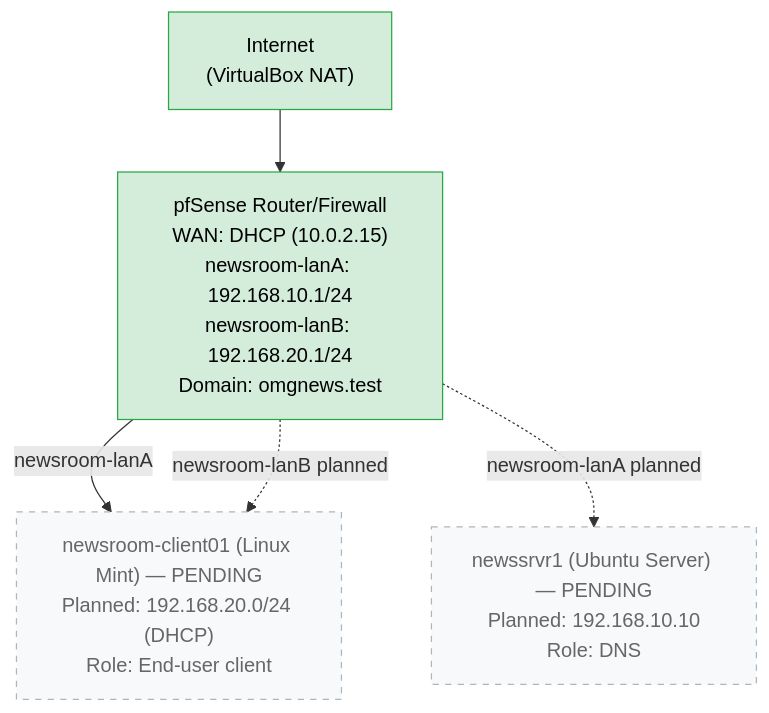
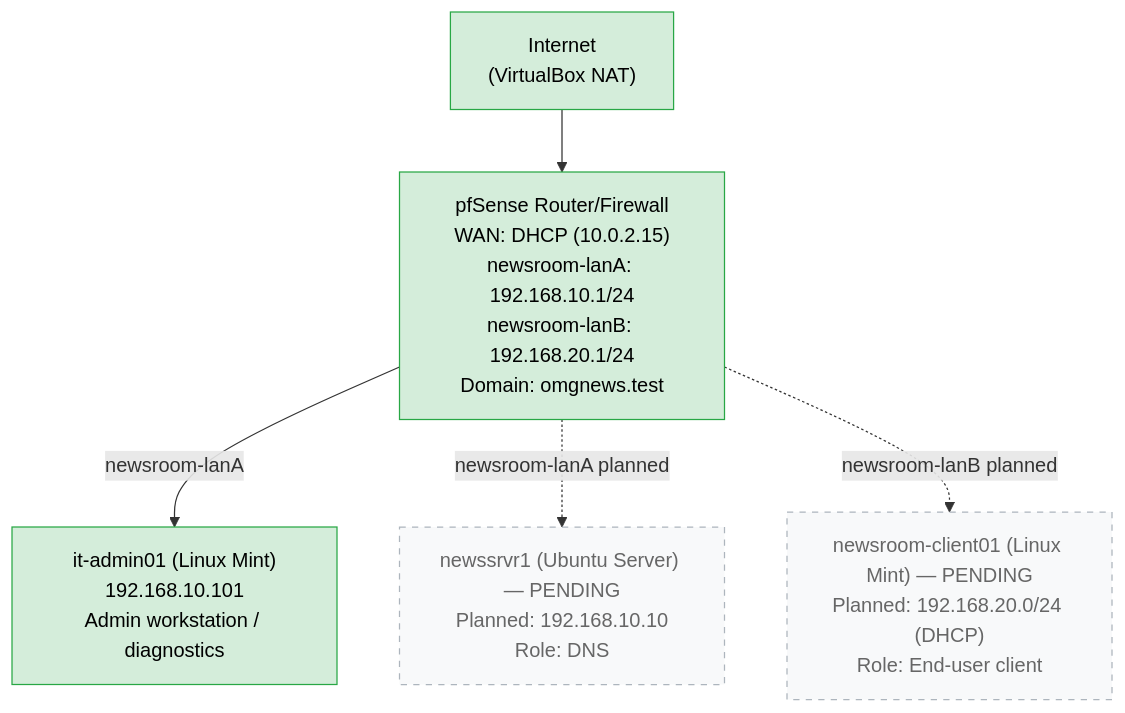
One commit to robbaileyhome-dev/homelab-portfolio changed the diagram in Labs/Lab02: Network restructure.md. Above: the diagram before and after it, drawn with Mermaid.

Commit message:
Refactor network diagram for clarity and accuracy

````diff
--- a/Labs/Lab02: Network restructure.md
+++ b/Labs/Lab02: Network restructure.md
@@ -7,18 +7,18 @@
 ```mermaid
 graph TB
     NAT["Internet<br/>(VirtualBox NAT)"]
     pfSense["pfSense Router/Firewall<br/>WAN: DHCP (10.0.2.15)<br/>newsroom-lanA: 192.168.10.1/24<br/>newsroom-lanB: 192.168.20.1/24<br/>Domain: omgnews.test"]
-    Mint["it-admin01 (Linux Mint)<br/>192.168.10.101<br/>Admin workstation / diagnostics"]
+    Mint1["it-admin01 (Linux Mint)<br/>192.168.10.101<br/>Admin workstation / diagnostics"]
     Ubuntu["newssrvr1 (Ubuntu Server) — PENDING<br/>Planned: 192.168.10.10<br/>Role: DNS"]
-    Mint["newsroom-client01 (Linux Mint) — PENDING<br/>Planned: 192.168.20.0/24 (DHCP)<br/>Role: End-user client"]
+    Mint2["newsroom-client01 (Linux Mint) — PENDING<br/>Planned: 192.168.20.0/24 (DHCP)<br/>Role: End-user client"]
 
     NAT --> pfSense
-    pfSense -->|newsroom-lanA| Mint
+    pfSense -->|newsroom-lanA| Mint1
     pfSense -.->|newsroom-lanA planned| Ubuntu
-    pfSense -.->|newsroom-lanB planned| Mint
+    pfSense -.->|newsroom-lanB planned| Mint2
 
     classDef live fill:#d4edda,stroke:#28a745,color:#000;
     classDef pending fill:#f8f9fa,stroke:#adb5bd,stroke-dasharray: 5 5,color:#666;
-    class NAT,pfSense,Mint live;
-    class Ubuntu,Mint pending;
+    class NAT,pfSense,Mint1 live;
+    class Ubuntu,Mint2 pending;
 ```
````
